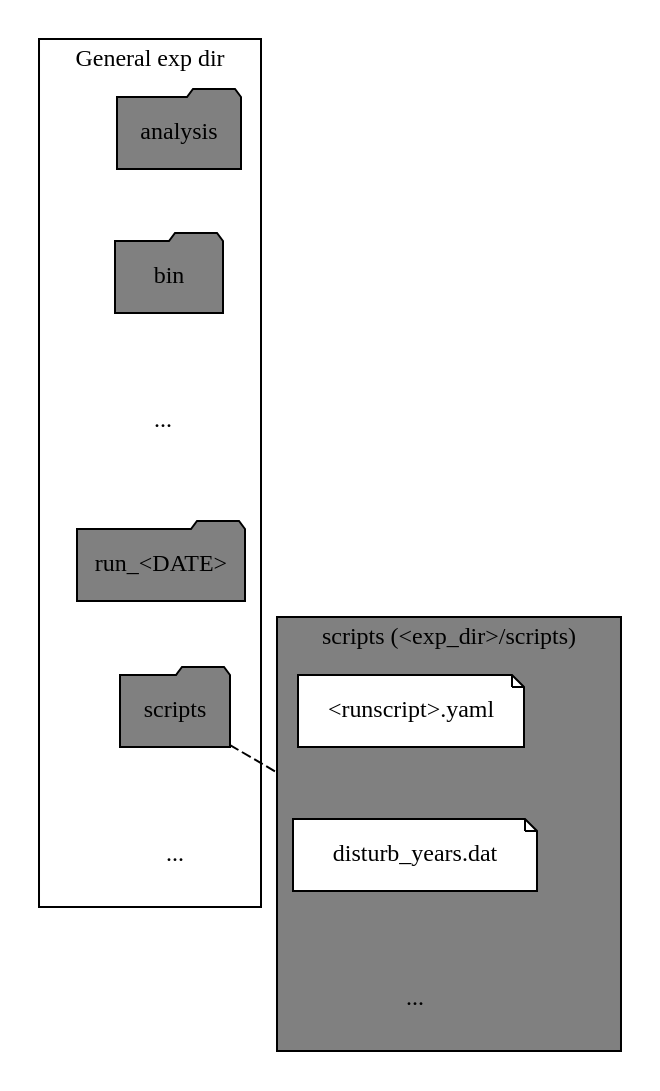
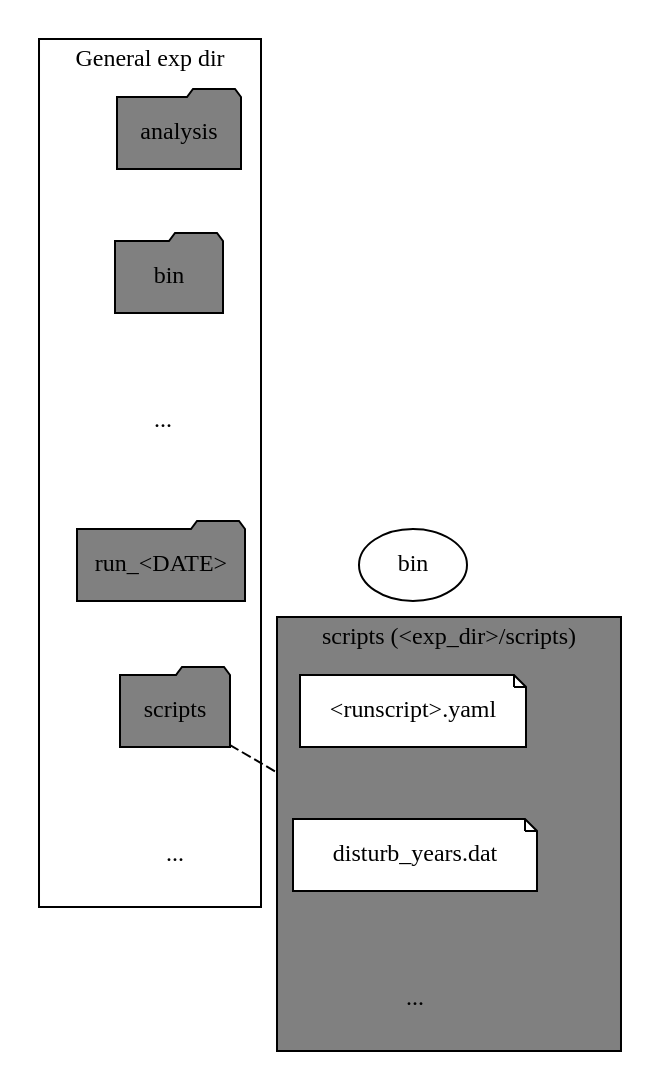
The diagram in docs/graph/echam_disturbance.dot (esm-tools/esm_tools), drawn with Graphviz before and after one commit.

Commit message:
further improvements on the graph

```diff
--- a/docs/graph/echam_disturbance.dot
+++ b/docs/graph/echam_disturbance.dot
@@ -1,51 +1,52 @@
 digraph "echam_disturbance" {
-    size="10.0";
+    # size="10.0";
     graph [fontname="Verdana", fontsize="12"];
     node [fontname="Verdana", fontsize="12"];
     edge [fontname="Sans", fontsize="12"];
     rankdir="TB";
     compound=true;
 
     # GENERAL FOLDER SUBGROUP
     subgraph cluster0
     {
         label="General exp dir";
         node [style=filled];
         fontname="bold";
         color=black;
 
         # SUBFOLDERS
         ane [label="analysis", shape="folder", fillcolor="gray", style=filled];
         bie [label="bin", shape="folder", fillcolor="gray", style=filled];
         dt1 [label="...", shape="none", size=15, fillcolor="white"];
         rue [label="run_<DATE>", shape="folder", fillcolor="gray", style=filled];
         sce [label="scripts", shape="folder", fillcolor="gray", style=filled];
         dt2 [label="...", shape="none", size=15, fillcolor="white"];
 
         # VERTICAL ALIGNMENT OF SUBFOLDERS
         ane -> bie -> dt1 -> rue -> sce -> dt2[style=invis];
     }
 
     # SCRIPS FOLDER SUBGROUP
     subgraph cluster1
     {
         label="scripts (<exp_dir>/scripts)";
         node [style=filled];
         fontname="bold";
         style=filled;
         color=black;
         fillcolor=gray;
 
         # SUBFOLDERS
         run [label="<runscript>.yaml", shape="note", fillcolor="white", style=filled];
         diy [label="disturb_years.dat", shape="note", fontname="bold", fillcolor="white", style=filled];
         pt3 [label="...", shape="none", size=15, fillcolor="gray"];
 
         # VERTICAL ALIGNMENT OF SUBFOLDERS
         run -> diy -> pt3[style=invis];
     }
 
     # LINK SCRIPTS FOLDER WITH THE SCRIPTS FOLDER GROUP (DASHED LINE). lhead_cluster MAKES THE LINE TO STOP AT THE SCRIPTS FODLER CLUSTER
     sce -> diy[lhead=cluster1, dir=none, style=dashed, constrain=false];
     ane -> run[style=invis];
+    bin -> run[style=invis];
 }
```
